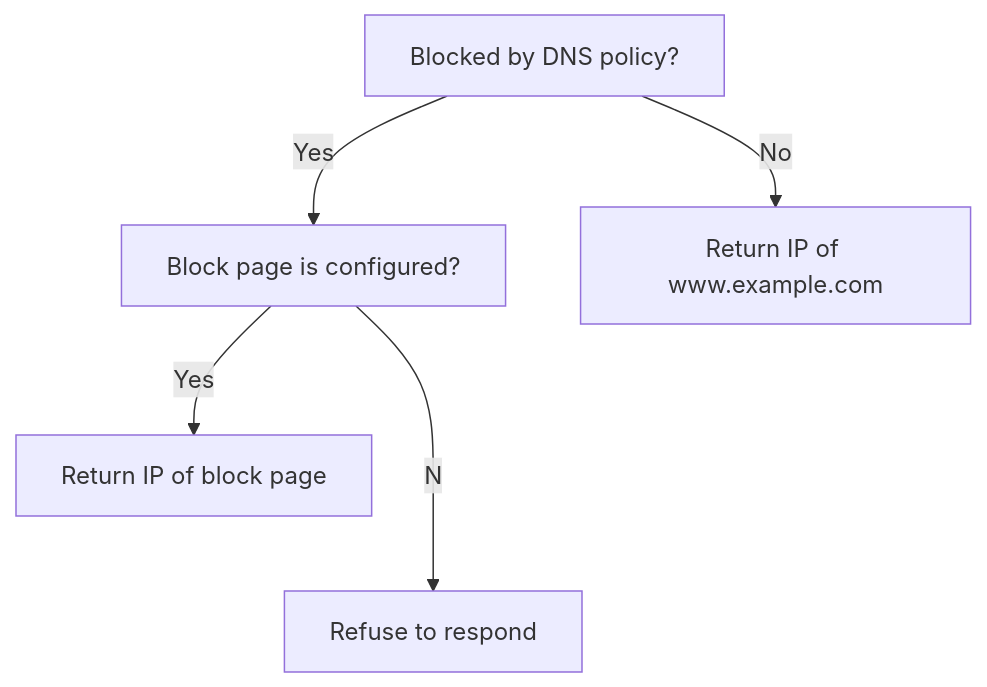
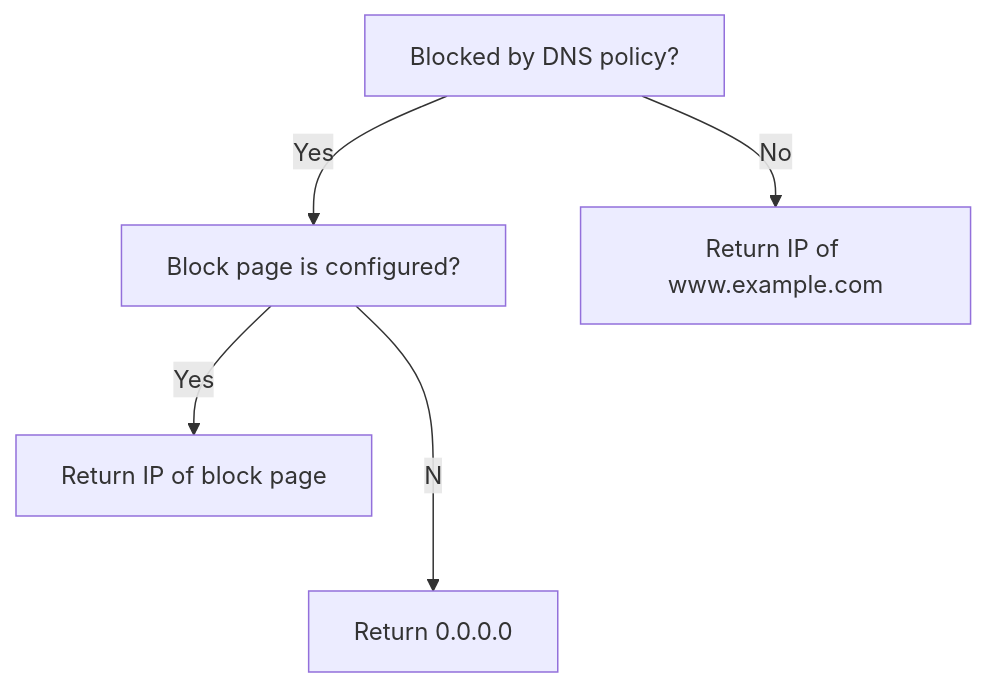
The second of 2 diagrams in content/learning-paths/modules/security/dns-filtering-concepts/what-is-dns-filtering.md (cloudflare/cloudflare-docs), drawn with Mermaid before and after one commit. The commit also changed other lines of this file and 19 other files, not shown here.

````diff
--- a/content/learning-paths/modules/security/dns-filtering-concepts/what-is-dns-filtering.md
+++ b/content/learning-paths/modules/security/dns-filtering-concepts/what-is-dns-filtering.md
@@ -34,7 +34,7 @@
 ```mermaid
 flowchart TD
 accTitle: DNS filtering logic
 A[Blocked by DNS policy?] --Yes --> B[Block page is configured?] --Yes--> C[Return IP of block page]
-B--No-->E[Refuse to respond]
+B--No-->E[Return 0.0.0.0]
 A --No --> D[Return IP of www.example.com]
 ```
````
